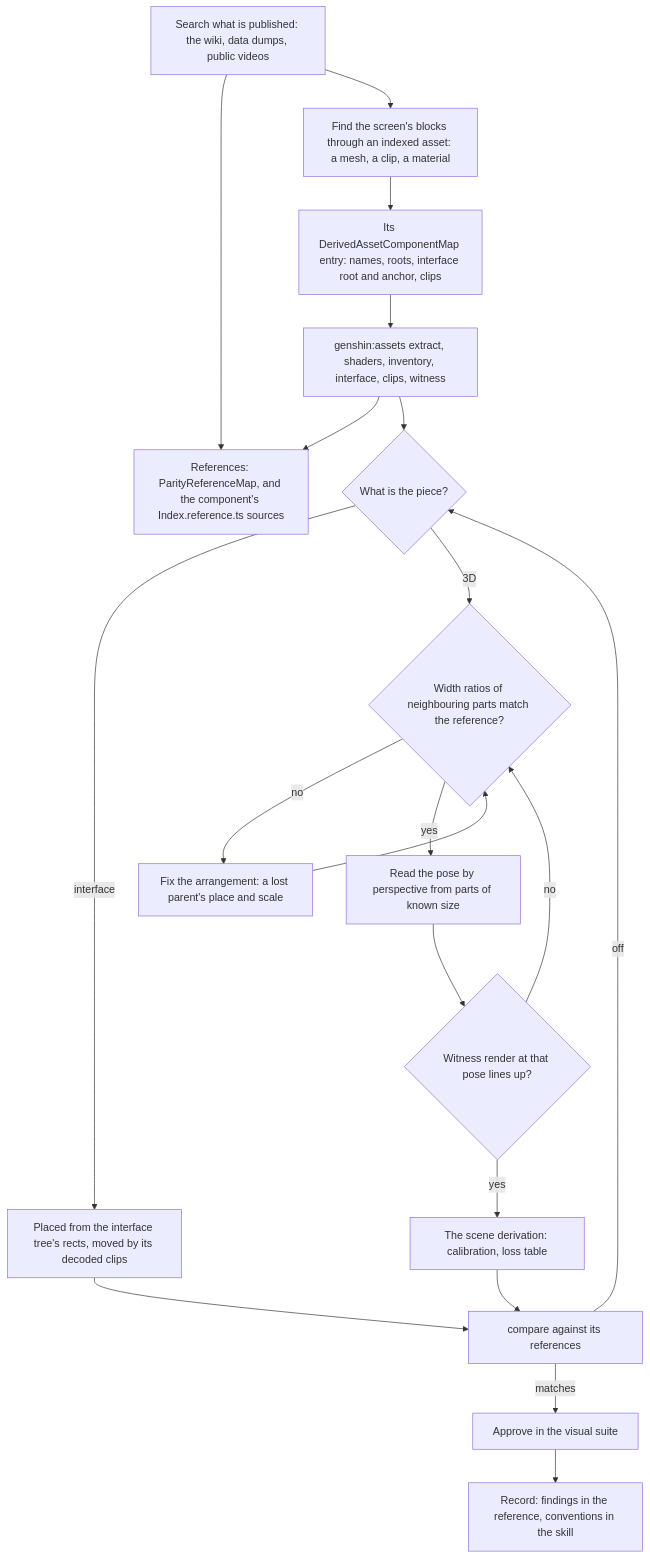
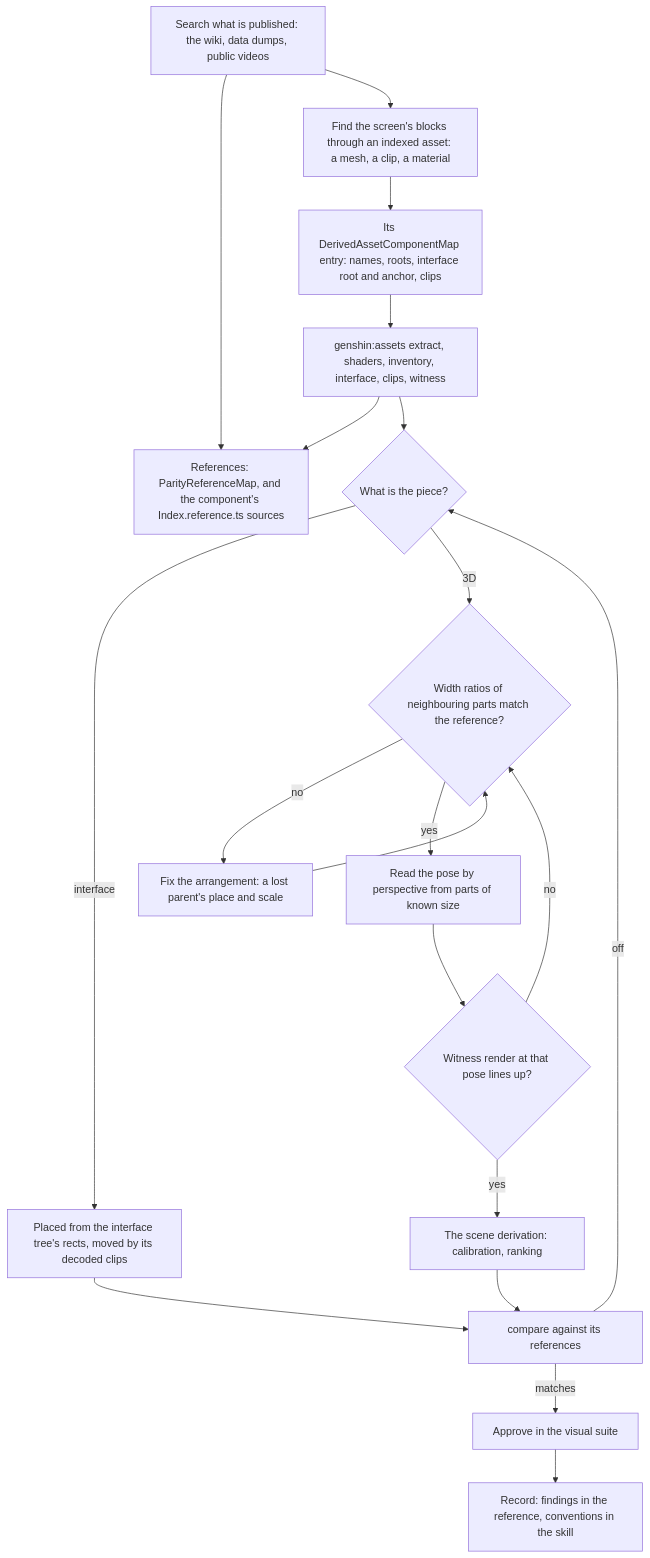
One commit to Esposter/Esposter changed the second of 2 diagrams in apps/web/content/docs/genshin/parity.md. Above: the diagram before and after it, drawn with Mermaid. The commit also changed other lines of this file and 16 other files, not shown here.

````diff
--- a/apps/web/content/docs/genshin/parity.md
+++ b/apps/web/content/docs/genshin/parity.md
@@ -55,22 +55,22 @@
 ```mermaid
 flowchart TD
   P["Search what is published: the wiki, data dumps, public videos"] --> REF["References: ParityReferenceMap, and the component's Index.reference.ts sources"]
   P --> B["Find the screen's blocks through an indexed asset: a mesh, a clip, a material"]
   B --> MAP["Its DerivedAssetComponentMap entry: names, roots, interface root and anchor, clips"]
   MAP --> RUN["genshin:assets extract, shaders, inventory, interface, clips, witness"]
   RUN --> REF
   RUN --> K{What is the piece?}
   K -->|"interface"| UI["Placed from the interface tree's rects, moved by its decoded clips"]
   K -->|"3D"| AR{"Width ratios of neighbouring parts match the reference?"}
   AR -->|no| PAR["Fix the arrangement: a lost parent's place and scale"]
   PAR --> AR
   AR -->|yes| POSE["Read the pose by perspective from parts of known size"]
   POSE --> W{"Witness render at that pose lines up?"}
   W -->|no| AR
-  W -->|yes| SD["The scene derivation: calibration, loss table"]
+  W -->|yes| SD["The scene derivation: calibration, ranking"]
   UI --> C["compare against its references"]
   SD --> C
   C -->|off| K
   C -->|matches| V["Approve in the visual suite"]
   V --> R["Record: findings in the reference, conventions in the skill"]
 ```
````
